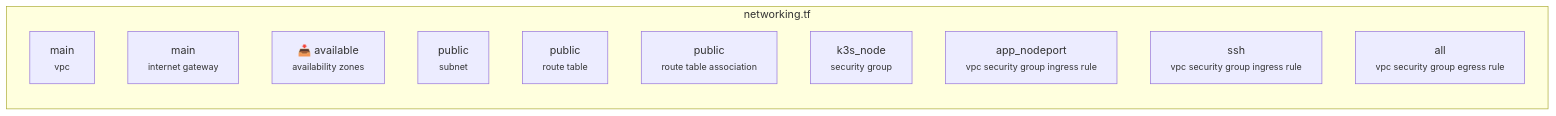
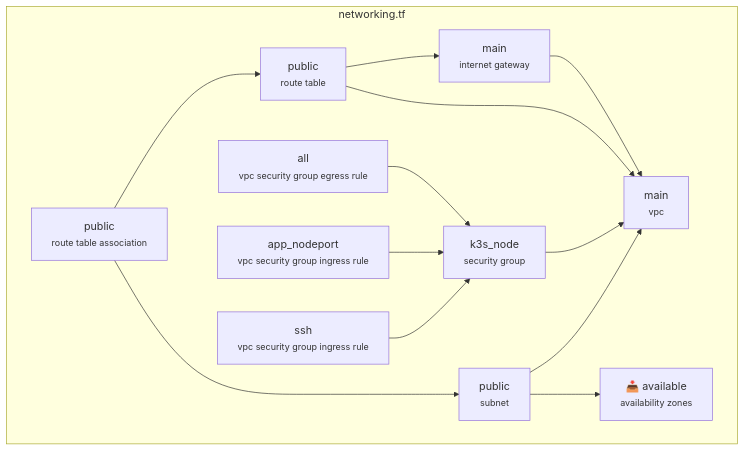
Before and after one commit to macamp0328/liner-notes: the diagram in infra/diagrams/per-file/networking.mmd, drawn with Mermaid. The commit also changed 8 other files, not shown here.

First line of the commit message:
feat: cluster + colorize resource graph, accurate per-resource Mermaid edges (#138)

```diff
--- a/infra/diagrams/per-file/networking.mmd
+++ b/infra/diagrams/per-file/networking.mmd
@@ -1,15 +1,27 @@
 %% Auto-generated by scripts/diagrams/generate.ts — do not edit by hand.
 %% Source: infra/terraform/networking.tf
 flowchart LR
   subgraph this["networking.tf"]
+    direction LR
     aws_vpc_main["main<br/><small>vpc</small>"]
     aws_internet_gateway_main["main<br/><small>internet gateway</small>"]
     data_aws_availability_zones_available["📥 available<br/><small>availability zones</small>"]
     aws_subnet_public["public<br/><small>subnet</small>"]
     aws_route_table_public["public<br/><small>route table</small>"]
     aws_route_table_association_public["public<br/><small>route table association</small>"]
     aws_security_group_k3s_node["k3s_node<br/><small>security group</small>"]
     aws_vpc_security_group_ingress_rule_app_nodeport["app_nodeport<br/><small>vpc security group ingress rule</small>"]
     aws_vpc_security_group_ingress_rule_ssh["ssh<br/><small>vpc security group ingress rule</small>"]
     aws_vpc_security_group_egress_rule_all["all<br/><small>vpc security group egress rule</small>"]
   end
+  aws_internet_gateway_main --> aws_vpc_main
+  aws_route_table_association_public --> aws_route_table_public
+  aws_route_table_association_public --> aws_subnet_public
+  aws_route_table_public --> aws_internet_gateway_main
+  aws_route_table_public --> aws_vpc_main
+  aws_security_group_k3s_node --> aws_vpc_main
+  aws_subnet_public --> aws_vpc_main
+  aws_subnet_public --> data_aws_availability_zones_available
+  aws_vpc_security_group_egress_rule_all --> aws_security_group_k3s_node
+  aws_vpc_security_group_ingress_rule_app_nodeport --> aws_security_group_k3s_node
+  aws_vpc_security_group_ingress_rule_ssh --> aws_security_group_k3s_node
```
